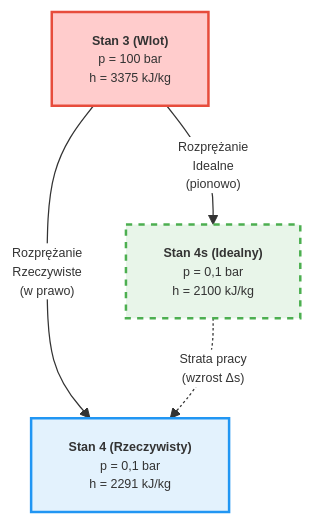
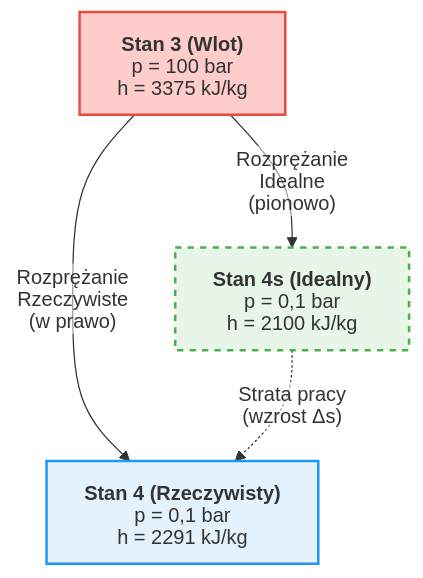
The second of 3 diagrams in Wyklady/10_Obiegi_Parowe.qmd (moondec/Termodynamika), drawn with Mermaid before and after one commit. The commit also changed other lines of this file and 84 other files, not shown here.

First line of the commit message:
Wykłady: diagramy mermaid bez ucinania i dopasowane do slajdów

````diff
--- a/Wyklady/10_Obiegi_Parowe.qmd
+++ b/Wyklady/10_Obiegi_Parowe.qmd
@@ -630,19 +635,23 @@
 ```{mermaid}
-%%{init: {'theme': 'default', 'flowchart': { 'useMaxWidth': true, 'htmlLabels': true }, 'themeVariables': { 'fontSize': '10px', 'fontFamily': 'sans-serif', 'primaryColor': '#ffffff', 'edgeLabelBackground':'#ffffff', 'tertiaryColor': '#fff0f0' }}}%%
+%%{init: {'theme': 'default', 'flowchart': {'htmlLabels': false, 'wrappingWidth': 400, 'subGraphTitleMargin': {'top': 6, 'bottom': 16}}, 'themeVariables': {'fontSize': '16px', 'fontFamily': 'Arial, Helvetica, sans-serif', 'primaryColor': '#ffffff', 'edgeLabelBackground': '#ffffff', 'tertiaryColor': '#fff0f0'}, 'htmlLabels': false}}%%
 
-%%| fig-width: 1
-%%| fig-height: 8
 %%| fig-align: center
 flowchart TD
-    A["<b>Stan 3 (Wlot)</b><br>p = 100 bar<br>h = 3375 kJ/kg"] 
-    B["<b>Stan 4s (Idealny)</b><br>p = 0,1 bar<br>h = 2100 kJ/kg"]
-    C["<b>Stan 4 (Rzeczywisty)</b><br>p = 0,1 bar<br>h = 2291 kJ/kg"]
+    A["`**Stan 3 (Wlot)**
+p = 100 bar
+h = 3375 kJ/kg`"] 
+    B["`**Stan 4s (Idealny)**
+p = 0,1 bar
+h = 2100 kJ/kg`"]
+    C["`**Stan 4 (Rzeczywisty)**
+p = 0,1 bar
+h = 2291 kJ/kg`"]
     
     A -->|"Rozprężanie<br>Idealne<br>(pionowo)"| B
     A -->|"Rozprężanie<br>Rzeczywiste<br>(w prawo)"| C
     B -.->|"Strata pracy<br>(wzrost Δs)"| C
     
     style A fill:#ffcccc,stroke:#e74c3c,stroke-width:2px
     style B fill:#e8f5e9,stroke:#4caf50,stroke-width:2px,stroke-dasharray: 5 5
     style C fill:#e3f2fd,stroke:#2196f3,stroke-width:2px
 ```
````
